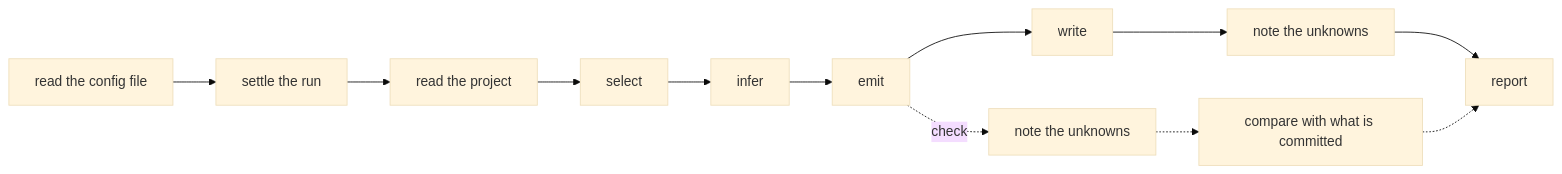
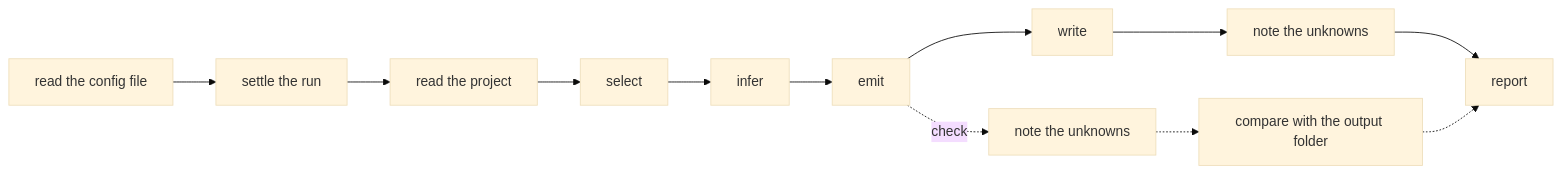
One commit to haruspex-tools/haruspex changed the diagram in docs/internals/12-from-input-to-output.md. Above: the diagram before and after it, drawn with Mermaid (base theme). The commit also changed other lines of this file and 22 other files, not shown here.

First line of the commit message:
check compares with the files in the output folder, and the docs now say so

````diff
--- a/docs/internals/12-from-input-to-output.md
+++ b/docs/internals/12-from-input-to-output.md
@@ -16,14 +16,14 @@
 ```mermaid
 flowchart LR
     config["read the config file"] --> settle["settle the run"]
     settle --> project["read the project"]
     project --> select["select"]
     select --> infer["infer"]
     infer --> emit["emit"]
     emit --> write["write"]
     write --> noted["note the unknowns"]
     noted --> report["report"]
     emit -. "check" .-> checkNoted["note the unknowns"]
-    checkNoted -.-> compare["compare with what is committed"]
+    checkNoted -.-> compare["compare with the output folder"]
     compare -.-> report
 ```
````
